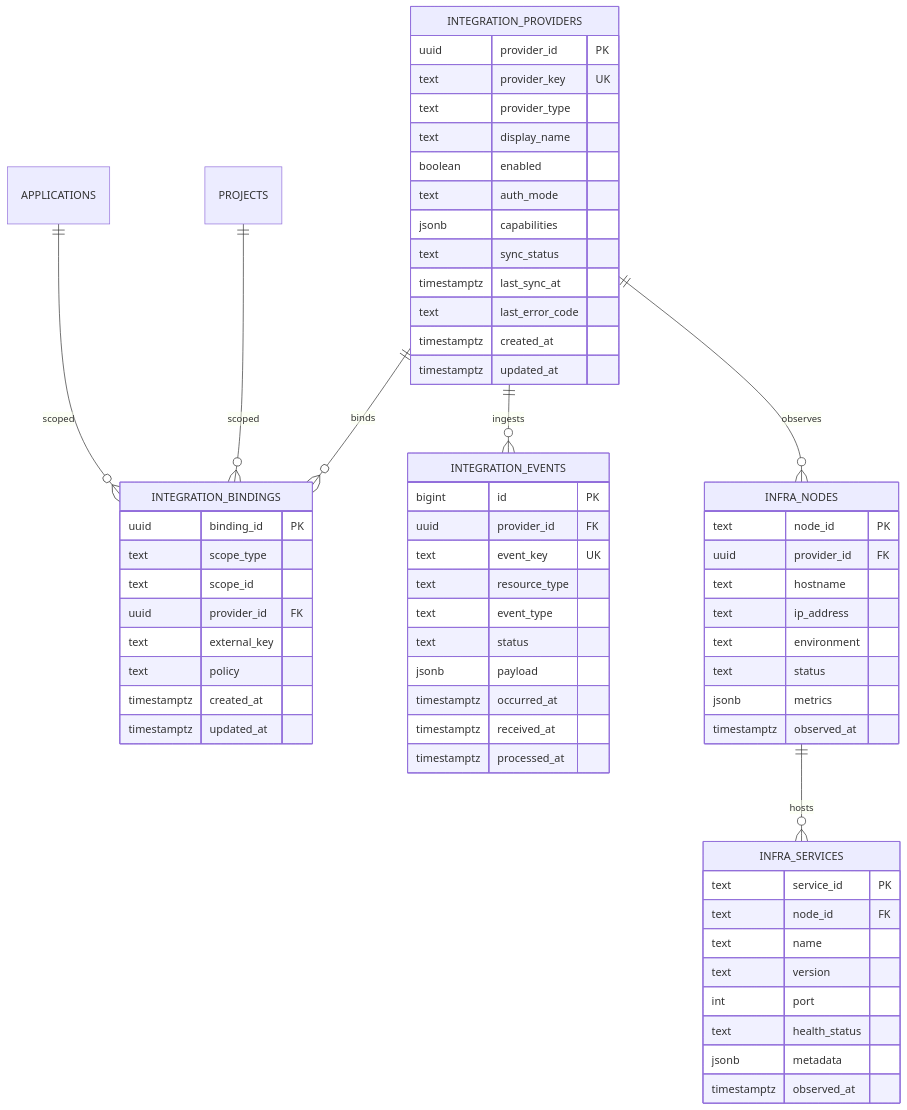
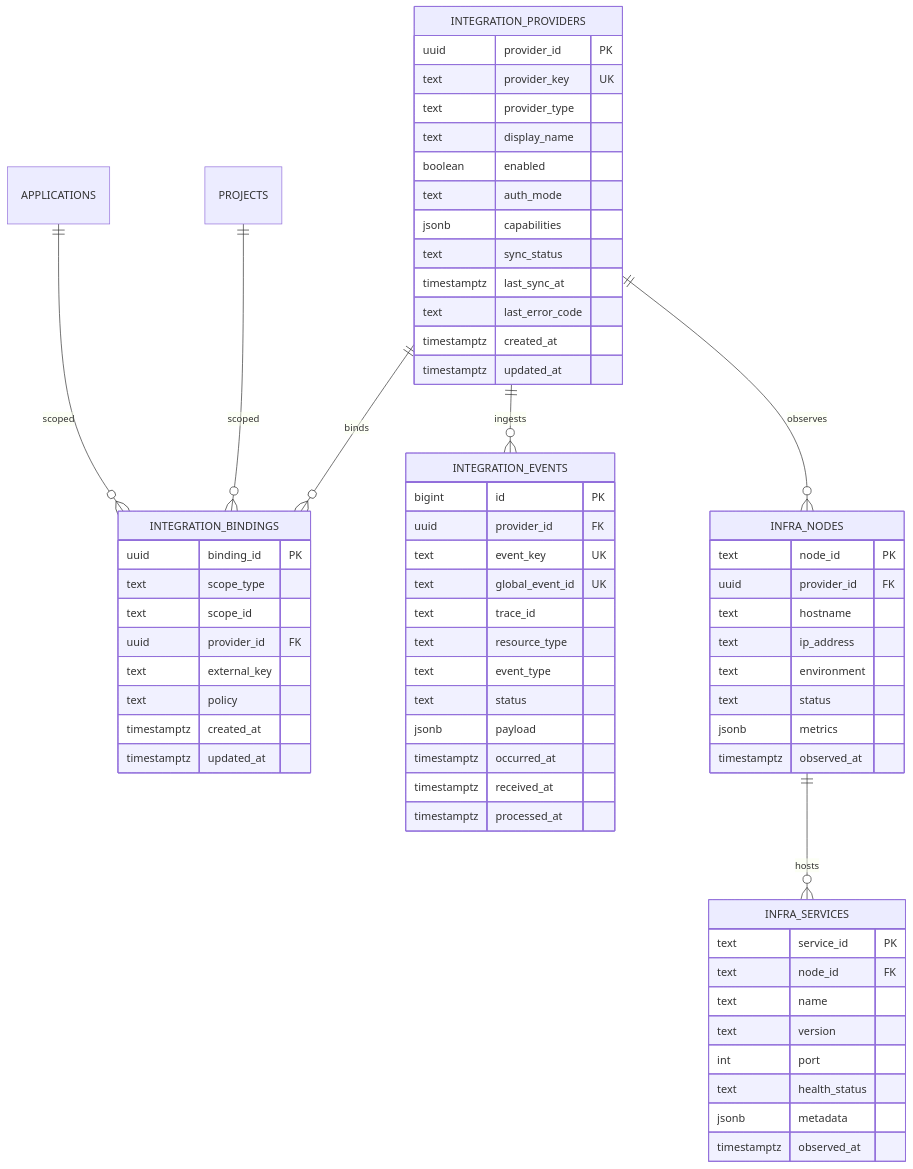
Before and after one commit to ykylee/Devhub_example: the sixth of 7 diagrams in docs/planning/system_erd.md, drawn with Mermaid. The commit also changed other lines of this file and 3 other files, not shown here.

````diff
--- a/docs/planning/system_erd.md
+++ b/docs/planning/system_erd.md
@@ -270,66 +270,68 @@
 ```mermaid
 erDiagram
     INTEGRATION_PROVIDERS ||--o{ INTEGRATION_BINDINGS : binds
     INTEGRATION_PROVIDERS ||--o{ INTEGRATION_EVENTS : ingests
     INTEGRATION_PROVIDERS ||--o{ INFRA_NODES : observes
     INFRA_NODES ||--o{ INFRA_SERVICES : hosts
     APPLICATIONS ||--o{ INTEGRATION_BINDINGS : scoped
     PROJECTS ||--o{ INTEGRATION_BINDINGS : scoped
 
     INTEGRATION_PROVIDERS {
       uuid provider_id PK
       text provider_key UK
       text provider_type
       text display_name
       boolean enabled
       text auth_mode
       jsonb capabilities
       text sync_status
       timestamptz last_sync_at
       text last_error_code
       timestamptz created_at
       timestamptz updated_at
     }
     INTEGRATION_BINDINGS {
       uuid binding_id PK
       text scope_type
       text scope_id
       uuid provider_id FK
       text external_key
       text policy
       timestamptz created_at
       timestamptz updated_at
     }
     INTEGRATION_EVENTS {
       bigint id PK
       uuid provider_id FK
       text event_key UK
+      text global_event_id UK
+      text trace_id
       text resource_type
       text event_type
       text status
       jsonb payload
       timestamptz occurred_at
       timestamptz received_at
       timestamptz processed_at
     }
     INFRA_NODES {
       text node_id PK
       uuid provider_id FK
       text hostname
       text ip_address
       text environment
       text status
       jsonb metrics
       timestamptz observed_at
     }
     INFRA_SERVICES {
       text service_id PK
       text node_id FK
       text name
       text version
       int port
       text health_status
       jsonb metadata
       timestamptz observed_at
     }
 ```
````
